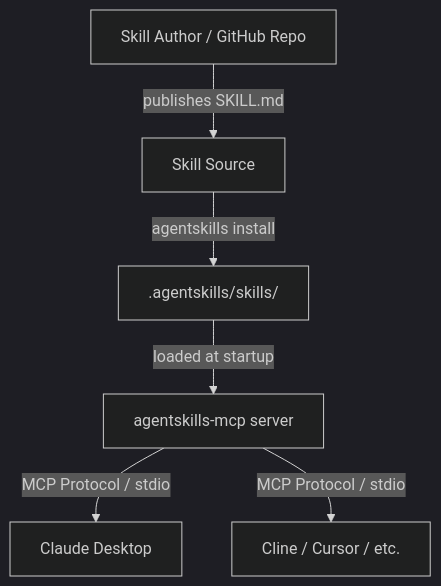
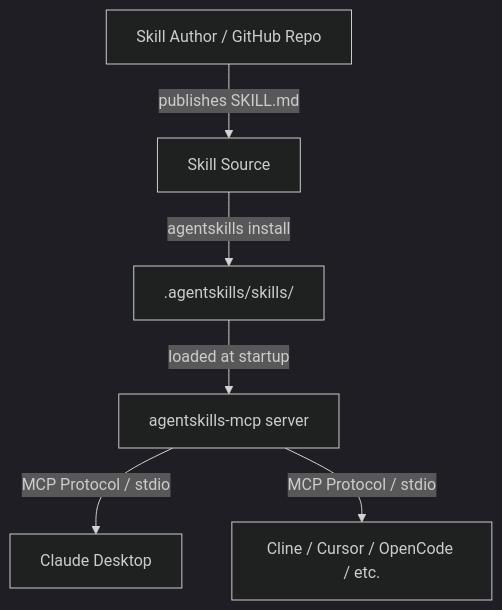
One commit to mrsimpson/agentskills changed the diagram in docs/architecture/overview.md. Above: the diagram before and after it, drawn with Mermaid (dark theme). The commit also changed other lines of this file and 14 other files, not shown here.

First line of the commit message:
feat: add OpenCode support with registry pattern for MCP config adapters

````diff
--- a/docs/architecture/overview.md
+++ b/docs/architecture/overview.md
@@ -9,8 +9,8 @@
 ```mermaid
 graph TD
     A[Skill Author / GitHub Repo] -->|publishes SKILL.md| B[Skill Source]
     B -->|agentskills install| C[.agentskills/skills/]
     C -->|loaded at startup| D[agentskills-mcp server]
     D -->|MCP Protocol / stdio| E[Claude Desktop]
-    D -->|MCP Protocol / stdio| F[Cline / Cursor / etc.]
+    D -->|MCP Protocol / stdio| F[Cline / Cursor / OpenCode / etc.]
 ```
````
